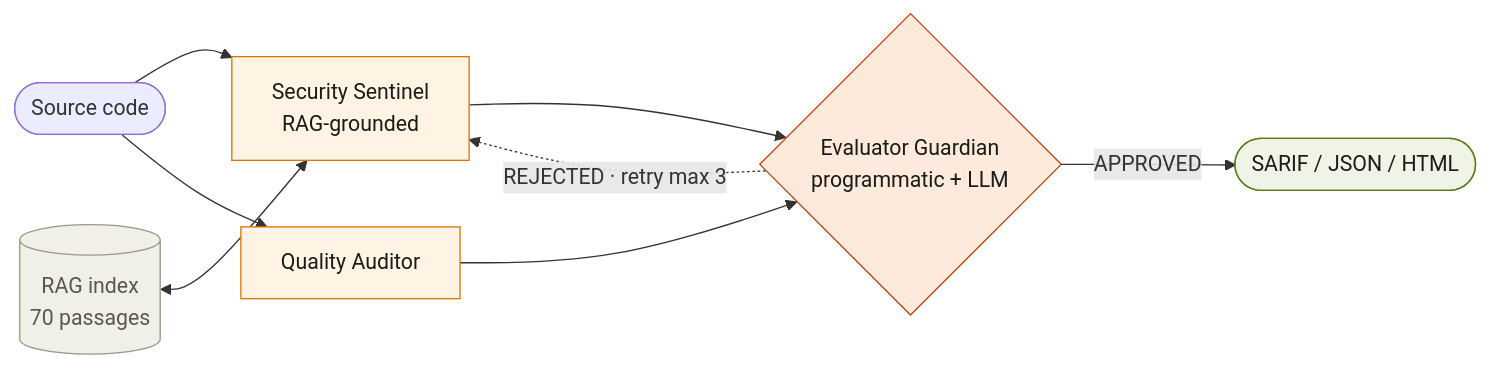
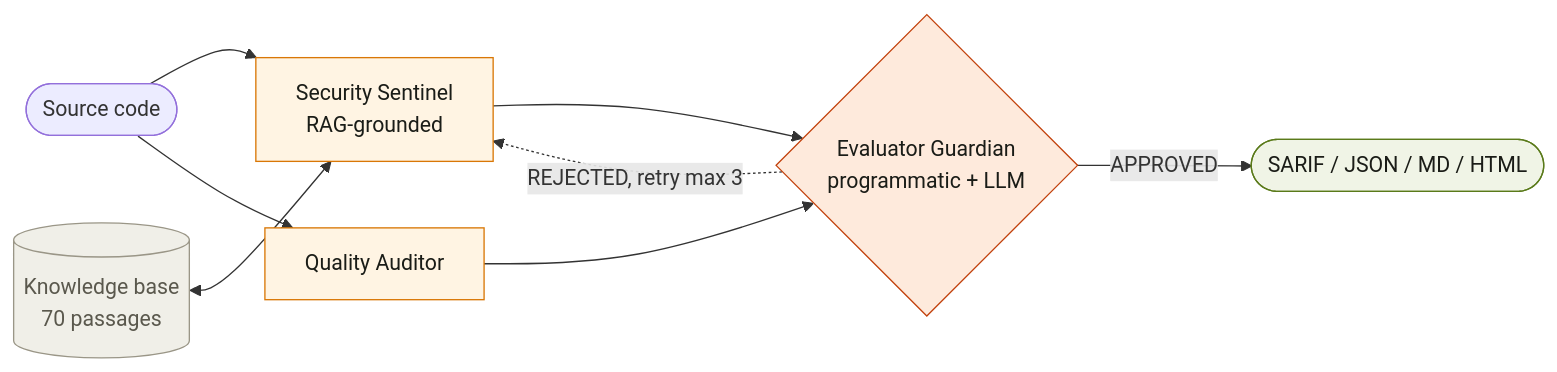
The first of 2 diagrams in README.md (AravindB98/CodeSentinel-v2), drawn with Mermaid before and after one commit. The commit also changed other lines of this file, not shown here.

````diff
--- a/README.md
+++ b/README.md
@@ -97,15 +172,15 @@
 ```mermaid
 flowchart LR
     IN([Source code]) --> SS[Security Sentinel<br/>RAG-grounded]
     IN --> QA[Quality Auditor]
-    RAG[(RAG index<br/>70 passages)] <--> SS
+    RAG[(Knowledge base<br/>70 passages)] <--> SS
     SS --> EG{Evaluator Guardian<br/>programmatic + LLM}
     QA --> EG
-    EG -- APPROVED --> OUT([SARIF / JSON / HTML])
-    EG -. REJECTED · retry max 3 .-> SS
+    EG -- APPROVED --> OUT([SARIF / JSON / MD / HTML])
+    EG -. REJECTED, retry max 3 .-> SS
     style SS fill:#fff4e3,stroke:#d97706,color:#1a1c17
     style QA fill:#fff4e3,stroke:#d97706,color:#1a1c17
     style EG fill:#feeadc,stroke:#c2410c,color:#1a1c17
     style RAG fill:#f0efe8,stroke:#9a9687,color:#5a584d
     style OUT fill:#f0f4e6,stroke:#5a7a1a,color:#1a1c17
 ```
````
